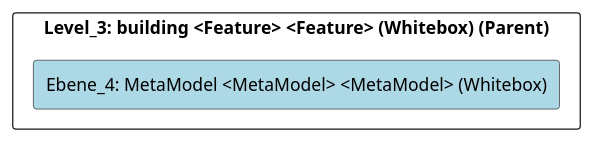
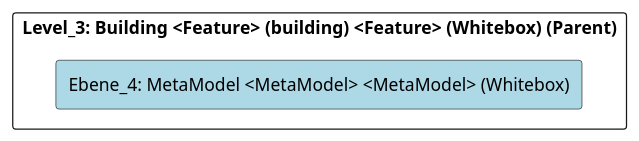
One commit to marcozwyssig/cleon changed the diagram in doc/cleonproject_deliverables_architecture_model_architecture/adoc/de/05_bausteinsicht/cleon/common/building/metamodel/ebene_4_metamodel.adoc. Above: the diagram before and after it, drawn with PlantUML. The commit also changed other lines of this file and 166 other files, not shown here.

```diff
--- a/doc/cleonproject_deliverables_architecture_model_architecture/adoc/de/05_bausteinsicht/cleon/common/building/metamodel/ebene_4_metamodel.adoc
+++ b/doc/cleonproject_deliverables_architecture_model_architecture/adoc/de/05_bausteinsicht/cleon/common/building/metamodel/ebene_4_metamodel.adoc
@@ -20,24 +20,24 @@
 [plantuml, Ebene_4: MetaModel <MetaModel> <MetaModel> (Whitebox)BlockOverview, format="svg"]
 ----
 @startuml Ebene_4: MetaModel <MetaModel> <MetaModel> (Whitebox)BuildingBlockOverview
 
 skinparam ranksep 10
 skinparam componentStyle rectangle
 skinparam shadowing false
 skinparam arrowColor lightblue
 skinparam arrowThickness 1.2
 skinparam rectangle {
   BackgroundColor White
   BorderColor #333
   RoundCorner 10
 }
 top to bottom direction
 
-component "Level_3: building <Feature> <Feature> (Whitebox) (Parent)" {
+component "Level_3: Building <Feature> (building) <Feature> (Whitebox) (Parent)" {
     component "Ebene_4: MetaModel <MetaModel> <MetaModel> (Whitebox)" #lightblue {
     }
 
 }
 
 @enduml
 ----
```
